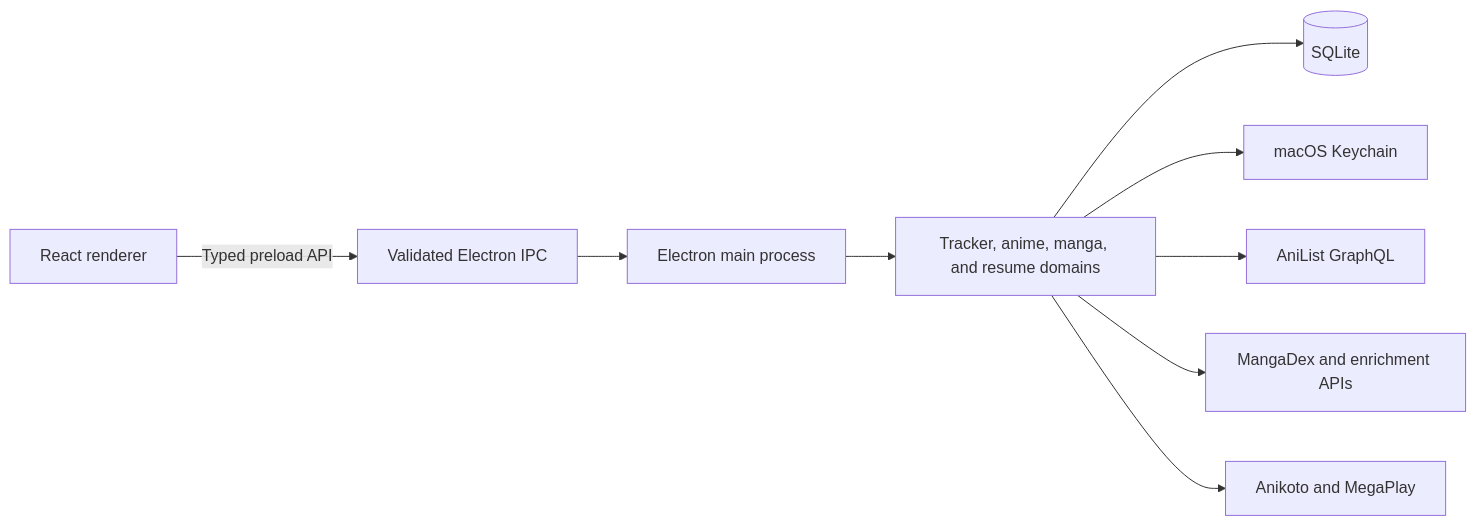
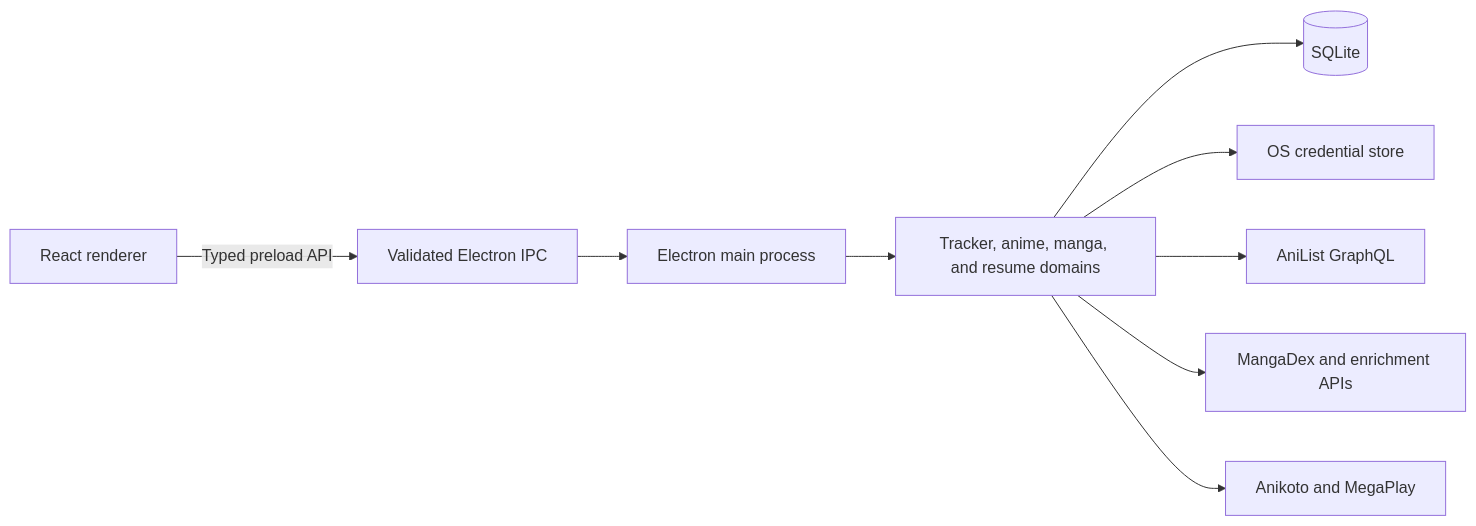
Before and after one commit to Athen2045/AniStream: the diagram in README.md, drawn with Mermaid. The commit also changed other lines of this file and 38 other files, not shown here.

````diff
--- a/README.md
+++ b/README.md
@@ -76,11 +87,11 @@
 ```mermaid
 flowchart LR
     UI[React renderer] -->|Typed preload API| IPC[Validated Electron IPC]
     IPC --> MAIN[Electron main process]
     MAIN --> DOMAINS[Tracker, anime, manga, and resume domains]
     DOMAINS --> DB[(SQLite)]
-    DOMAINS --> KEYCHAIN[macOS Keychain]
+    DOMAINS --> KEYCHAIN[OS credential store]
     DOMAINS --> ANILIST[AniList GraphQL]
     DOMAINS --> MANGA[MangaDex and enrichment APIs]
     DOMAINS --> VIDEO[Anikoto and MegaPlay]
 ```
````
